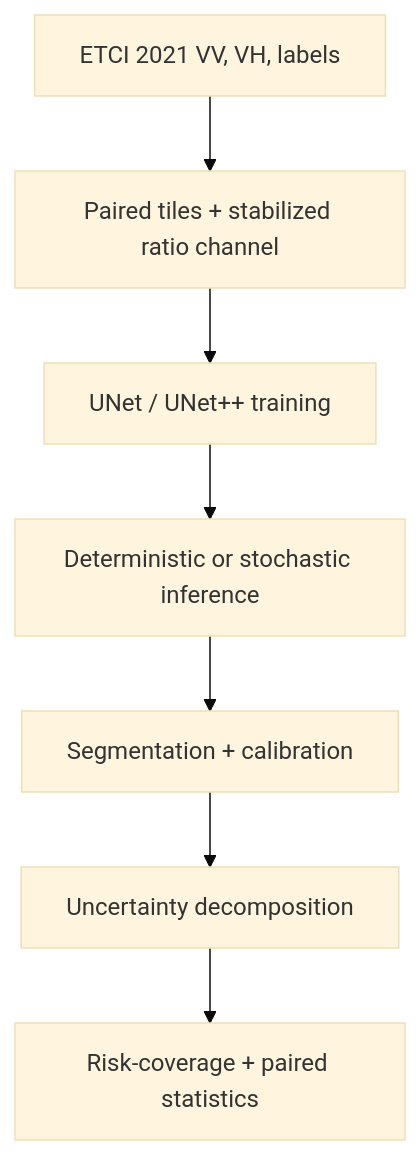
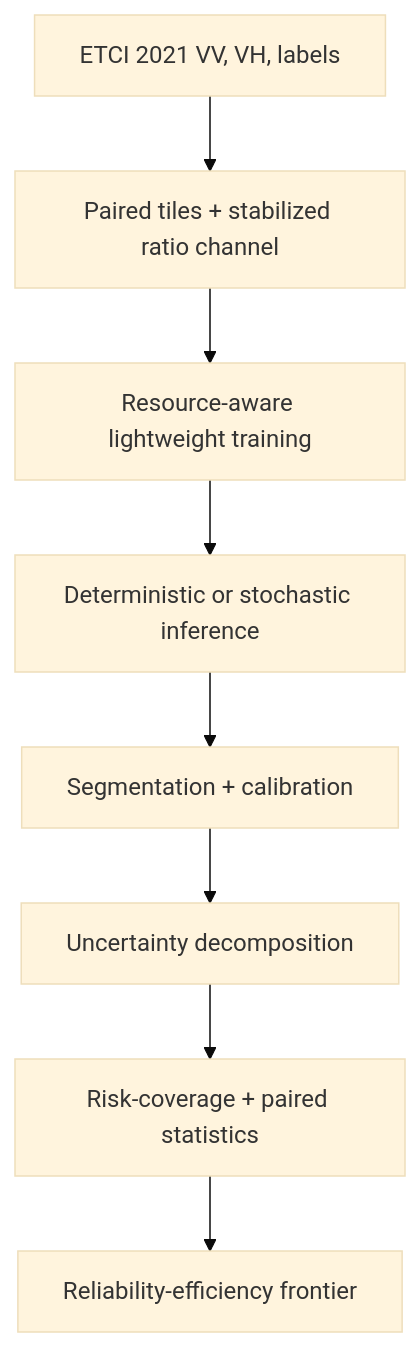
The diagram in README.md (nazizahed/Uncertainty-Aware-Flood-Segmentation-from-Sentinel-1-for-Near-Real-Time-Applications), drawn with Mermaid (base theme) before and after one commit. The commit also changed other lines of this file and 8 other files, not shown here.

First line of the commit message:
Adopt resource-aware experiment strategy

````diff
--- a/README.md
+++ b/README.md
@@ -48,9 +75,10 @@
 ```mermaid
 flowchart TD
     A["ETCI 2021 VV, VH, labels"] --> B["Paired tiles + stabilized ratio channel"]
-    B --> C["UNet / UNet++ training"]
+    B --> C["Resource-aware lightweight training"]
     C --> D["Deterministic or stochastic inference"]
     D --> E["Segmentation + calibration"]
     E --> F["Uncertainty decomposition"]
     F --> G["Risk-coverage + paired statistics"]
+    G --> H["Reliability-efficiency frontier"]
 ```
````
